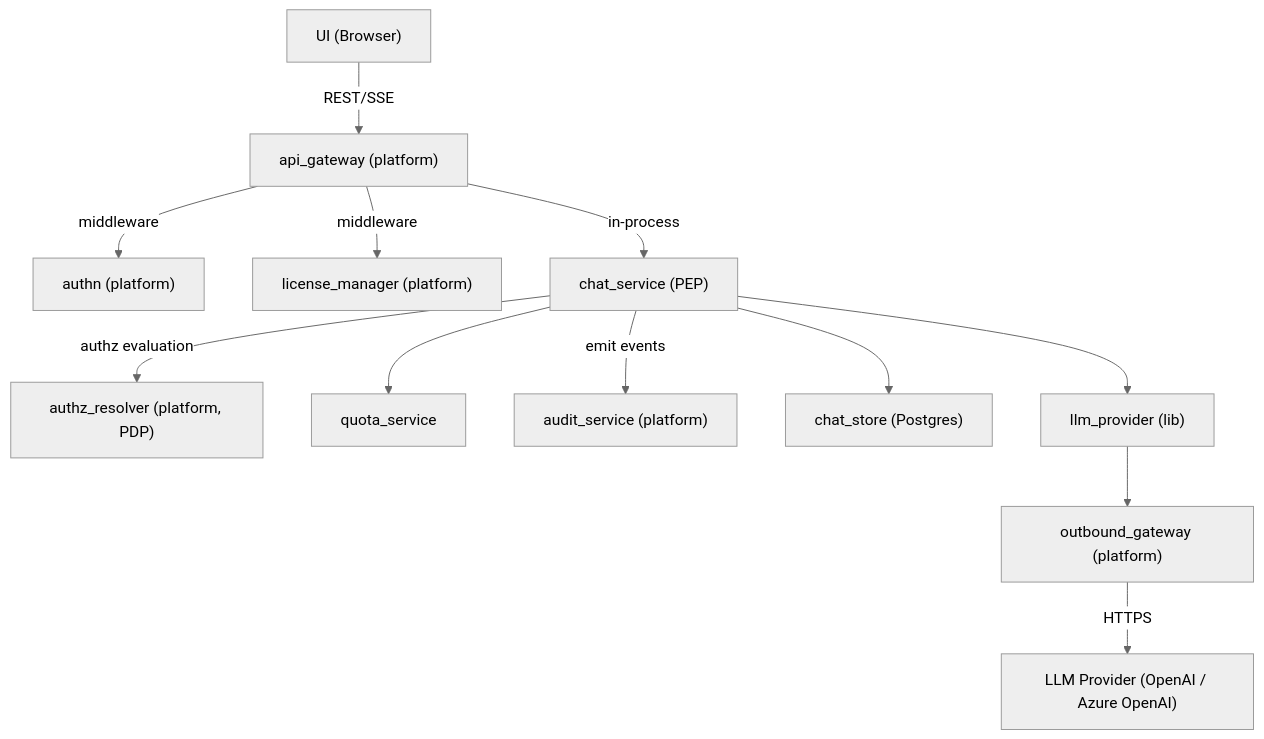
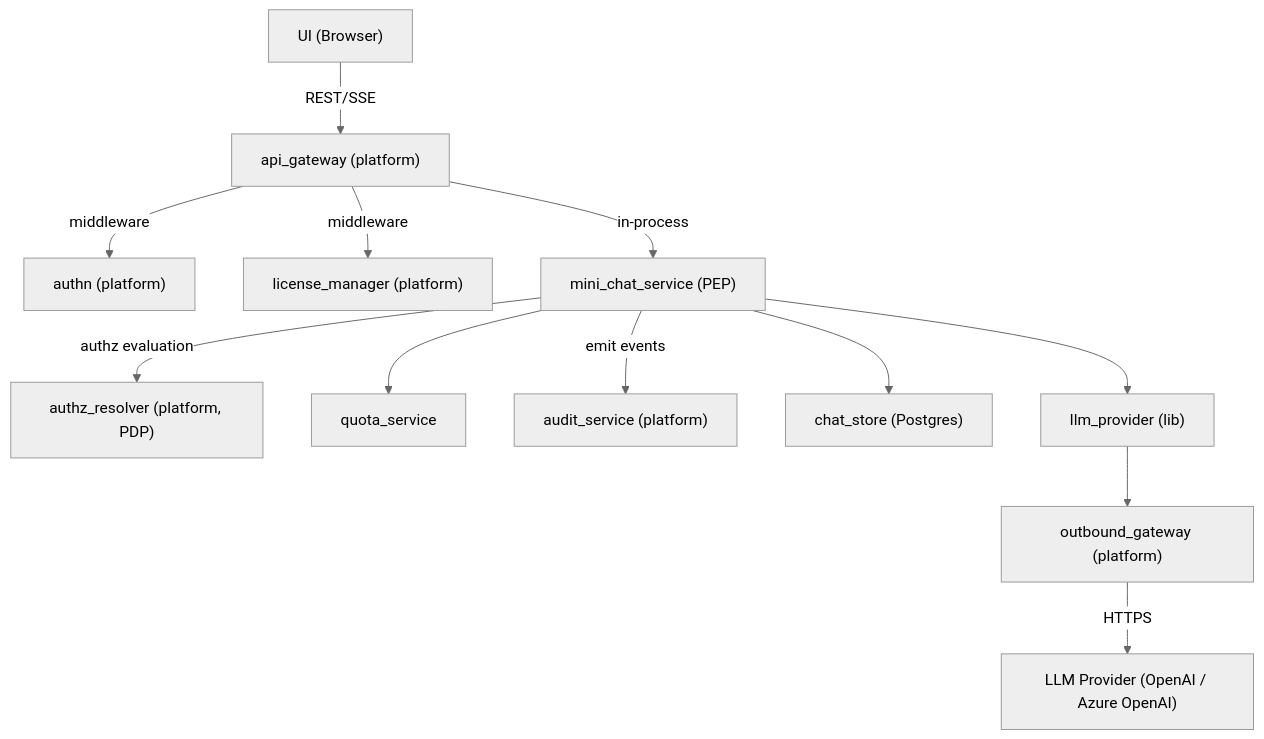
The first of 5 diagrams in modules/mini-chat/docs/DESIGN.md (cyberfabric/cyberfabric-core), drawn with Mermaid (neutral theme) before and after one commit. The commit also changed other lines of this file and 3 other files, not shown here.

````diff
--- a/modules/mini-chat/docs/DESIGN.md
+++ b/modules/mini-chat/docs/DESIGN.md
@@ -211,27 +222,27 @@
 ```mermaid
 graph TB
     UI["UI (Browser)"]
     AG["api_gateway (platform)"]
     AuthN["authn (platform)"]
     LM["license_manager (platform)"]
     AuthZ["authz_resolver (platform, PDP)"]
-    CS["chat_service (PEP)"]
+    CS["mini_chat_service (PEP)"]
     QS["quota_service"]
     AS["audit_service (platform)"]
     DB["chat_store (Postgres)"]
     LP["llm_provider (lib)"]
     OAGW["outbound_gateway (platform)"]
     OAI["LLM Provider (OpenAI / Azure OpenAI)"]
 
     UI -->|REST/SSE| AG
     AG -->|middleware| AuthN
     AG -->|middleware| LM
     AG -->|in-process| CS
     CS -->|authz evaluation| AuthZ
     CS --> QS
     CS -->|emit events| AS
     CS --> DB
     CS --> LP
     LP --> OAGW
     OAGW -->|HTTPS| OAI
 ```
````
